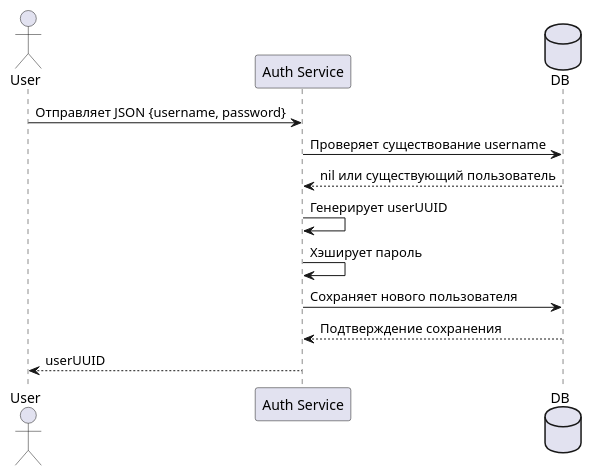
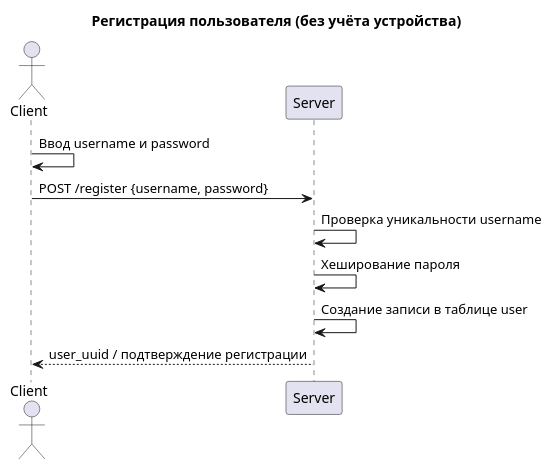
The diagram in docs/register.puml (sbilibin2017/bil-message), drawn with PlantUML before and after one commit. The commit also changed 77 other files, not shown here.

Commit message:
Added diagrams for usecases

```diff
--- a/docs/register.puml
+++ b/docs/register.puml
@@ -1,15 +1,15 @@
 @startuml
-actor User
-participant "Auth Service" as Auth
-database "DB" as DB
+title Регистрация пользователя (без учёта устройства)
 
-User -> Auth : Отправляет JSON {username, password}
-Auth -> DB : Проверяет существование username
-DB --> Auth : nil или существующий пользователь
+actor Client
+participant Server
 
-Auth -> Auth : Генерирует userUUID
-Auth -> Auth : Хэширует пароль
-Auth -> DB : Сохраняет нового пользователя
-DB --> Auth : Подтверждение сохранения
-Auth --> User : userUUID
+Client -> Client: Ввод username и password
+Client -> Server: POST /register {username, password}
+
+Server -> Server: Проверка уникальности username
+Server -> Server: Хеширование пароля
+Server -> Server: Создание записи в таблице user
+Server --> Client: user_uuid / подтверждение регистрации
+
 @enduml
```
